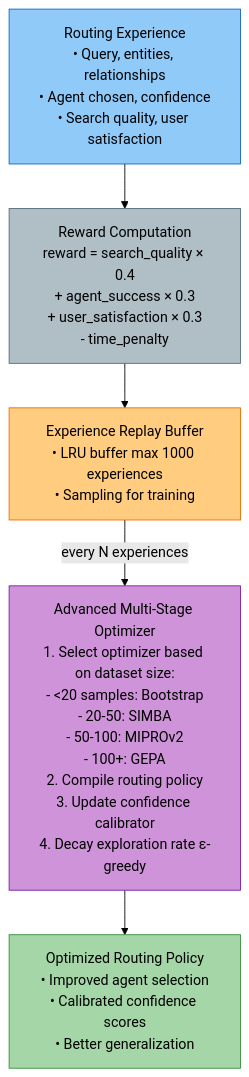
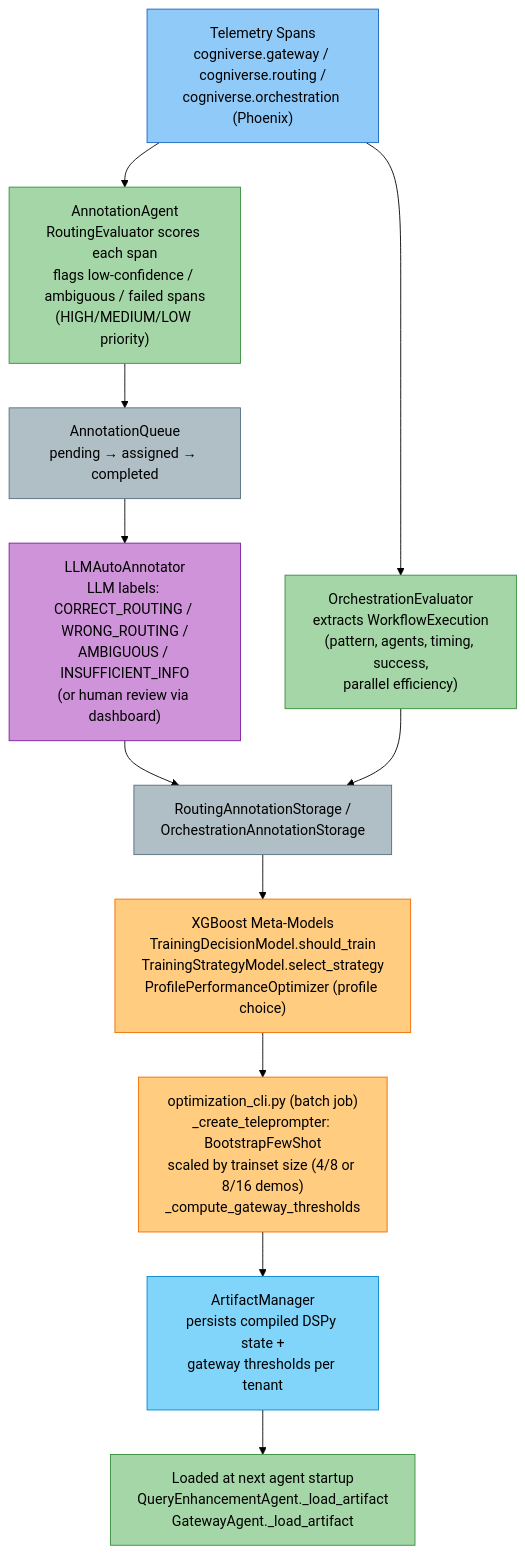
The second of 4 diagrams in docs/modules/routing.md (amit-jain/cogniverse), drawn with Mermaid (forest theme) before and after one commit. The commit also changed other lines of this file and 50 other files, not shown here.

First line of the commit message:
Complete and verify docs against code with mermaid palette

````diff
--- a/docs/modules/routing.md
+++ b/docs/modules/routing.md
@@ -77,18 +109,44 @@
 ```mermaid
 flowchart TB
-    Experience["<span style='color:#000'>Routing Experience<br/>• Query, entities, relationships<br/>• Agent chosen, confidence<br/>• Search quality, user satisfaction</span>"]
+    Spans["<span style='color:#000'>Telemetry Spans<br/>cogniverse.gateway / cogniverse.routing /<br/>cogniverse.orchestration (Phoenix)</span>"]
 
-    Experience --> Reward["<span style='color:#000'>Reward Computation<br/>reward = search_quality × 0.4<br/>+ agent_success × 0.3<br/>+ user_satisfaction × 0.3<br/>- time_penalty</span>"]
+    AnnotationAgent["<span style='color:#000'>AnnotationAgent<br/>RoutingEvaluator scores each span<br/>flags low-confidence / ambiguous / failed spans<br/>(HIGH/MEDIUM/LOW priority)</span>"]
 
-    Reward --> Buffer["<span style='color:#000'>Experience Replay Buffer<br/>• LRU buffer max 1000 experiences<br/>• Sampling for training</span>"]
+    OrchEvaluator["<span style='color:#000'>OrchestrationEvaluator<br/>extracts WorkflowExecution<br/>(pattern, agents, timing, success,<br/>parallel efficiency)</span>"]
 
-    Buffer -->|every N experiences| Optimizer["<span style='color:#000'>Advanced Multi-Stage Optimizer<br/>1. Select optimizer based on dataset size:<br/>- <20 samples: Bootstrap<br/>- 20-50: SIMBA<br/>- 50-100: MIPROv2<br/>- 100+: GEPA<br/>2. Compile routing policy<br/>3. Update confidence calibrator<br/>4. Decay exploration rate ε-greedy</span>"]
+    Queue["<span style='color:#000'>AnnotationQueue<br/>pending → assigned → completed</span>"]
 
-    Optimizer --> Policy["<span style='color:#000'>Optimized Routing Policy<br/>• Improved agent selection<br/>• Calibrated confidence scores<br/>• Better generalization</span>"]
+    AutoAnnotator["<span style='color:#000'>LLMAutoAnnotator<br/>LLM labels: CORRECT_ROUTING / WRONG_ROUTING /<br/>AMBIGUOUS / INSUFFICIENT_INFO<br/>(or human review via dashboard)</span>"]
 
-    style Experience fill:#90caf9,stroke:#1565c0,color:#000
-    style Reward fill:#b0bec5,stroke:#546e7a,color:#000
-    style Buffer fill:#ffcc80,stroke:#ef6c00,color:#000
-    style Optimizer fill:#ce93d8,stroke:#7b1fa2,color:#000
-    style Policy fill:#a5d6a7,stroke:#388e3c,color:#000
+    Storage["<span style='color:#000'>RoutingAnnotationStorage /<br/>OrchestrationAnnotationStorage</span>"]
+
+    Meta["<span style='color:#000'>XGBoost Meta-Models<br/>TrainingDecisionModel.should_train<br/>TrainingStrategyModel.select_strategy<br/>ProfilePerformanceOptimizer (profile choice)</span>"]
+
+    CLI["<span style='color:#000'>optimization_cli.py (batch job)<br/>_create_teleprompter: BootstrapFewShot<br/>scaled by trainset size (4/8 or 8/16 demos)<br/>_compute_gateway_thresholds</span>"]
+
+    Artifact["<span style='color:#000'>ArtifactManager<br/>persists compiled DSPy state +<br/>gateway thresholds per tenant</span>"]
+
+    Loaded["<span style='color:#000'>Loaded at next agent startup<br/>QueryEnhancementAgent._load_artifact<br/>GatewayAgent._load_artifact</span>"]
+
+    Spans --> AnnotationAgent
+    Spans --> OrchEvaluator
+    AnnotationAgent --> Queue
+    Queue --> AutoAnnotator
+    AutoAnnotator --> Storage
+    OrchEvaluator --> Storage
+    Storage --> Meta
+    Meta --> CLI
+    CLI --> Artifact
+    Artifact --> Loaded
+
+    style Spans fill:#90caf9,stroke:#1565c0,color:#000
+    style AnnotationAgent fill:#a5d6a7,stroke:#388e3c,color:#000
+    style OrchEvaluator fill:#a5d6a7,stroke:#388e3c,color:#000
+    style Queue fill:#b0bec5,stroke:#546e7a,color:#000
+    style AutoAnnotator fill:#ce93d8,stroke:#7b1fa2,color:#000
+    style Storage fill:#b0bec5,stroke:#546e7a,color:#000
+    style Meta fill:#ffcc80,stroke:#ef6c00,color:#000
+    style CLI fill:#ffcc80,stroke:#ef6c00,color:#000
+    style Artifact fill:#81d4fa,stroke:#0288d1,color:#000
+    style Loaded fill:#a5d6a7,stroke:#388e3c,color:#000
 ```
````
